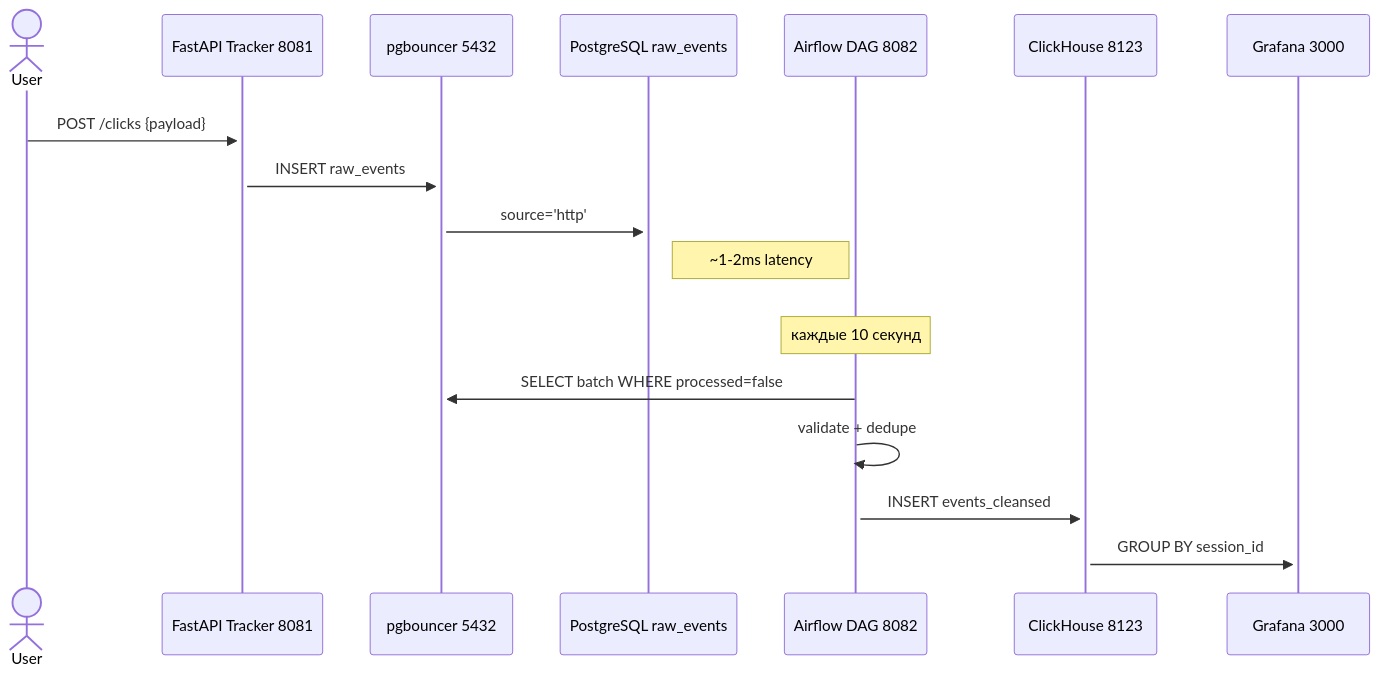
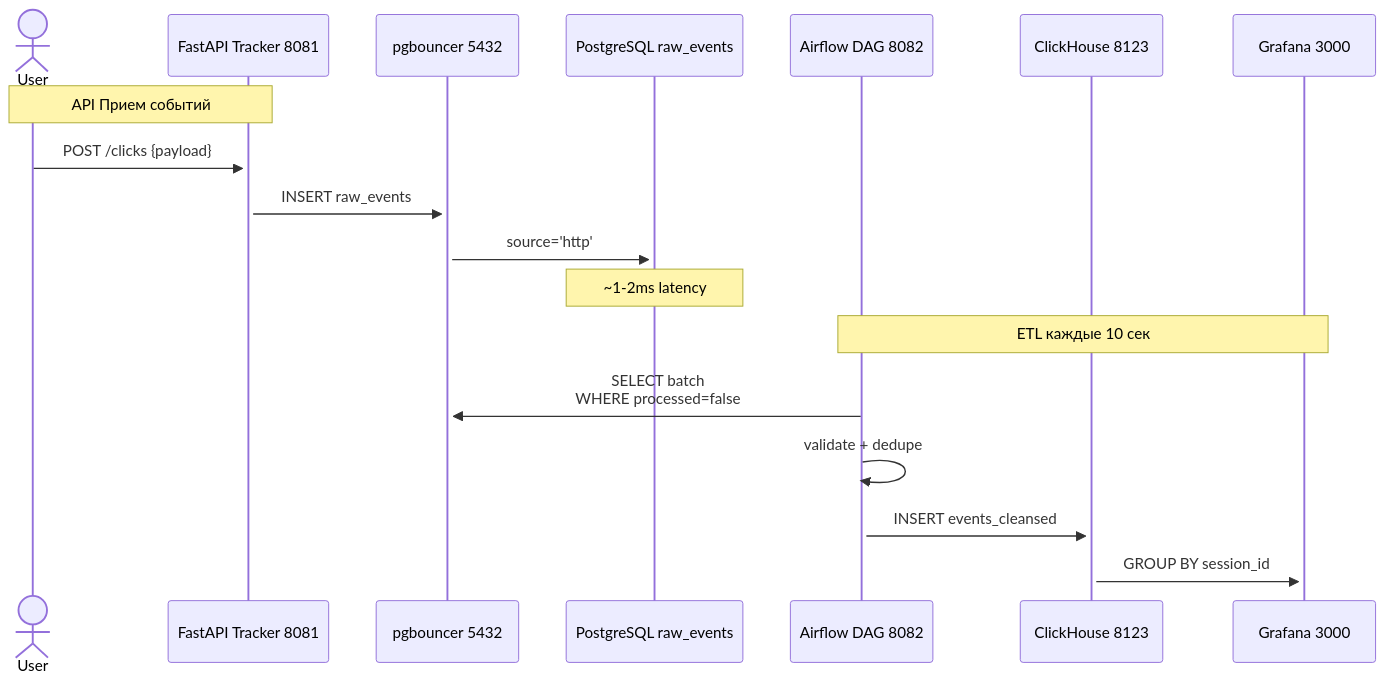
Before and after one commit to Alexsa7161/ASOBD: the second of 5 diagrams in README.md, drawn with Mermaid.

````diff
--- a/README.md
+++ b/README.md
@@ -262,25 +262,22 @@
 ```mermaid
 sequenceDiagram
     actor User
     participant Tracker as FastAPI Tracker 8081
     participant PG as pgbouncer 5432
     participant Postgres as PostgreSQL raw_events
     participant Airflow as Airflow DAG 8082
     participant ClickHouse as ClickHouse 8123
     participant Grafana as Grafana 3000
     
-    rect rgba(255, 255, 255, 1)
-        User->>+Tracker: POST /clicks {payload}
-        Tracker->>+PG: INSERT raw_events
-        PG->>+Postgres: source='http'
-        Note right of Postgres: ~1-2ms latency
-    end
+    Note over User,Tracker: API Прием событий
+    User->>+Tracker: POST /clicks {payload}
+    Tracker->>+PG: INSERT raw_events  
+    PG->>+Postgres: source='http'
+    Note over Postgres: ~1-2ms latency
     
-    rect rgba(255, 255, 255, 1)
-        Note over Airflow: каждые 10 секунд
-        Airflow->>+PG: SELECT batch WHERE processed=false
-        Airflow->>+Airflow: validate + dedupe
-        Airflow->>+ClickHouse: INSERT events_cleansed
-        ClickHouse->>+Grafana: GROUP BY session_id
-    end
+    Note over Airflow,Grafana: ETL каждые 10 сек
+    Airflow->>+PG: SELECT batch<br/>WHERE processed=false
+    Airflow->>+Airflow: validate + dedupe
+    Airflow->>+ClickHouse: INSERT events_cleansed
+    ClickHouse->>+Grafana: GROUP BY session_id
 ```
````
